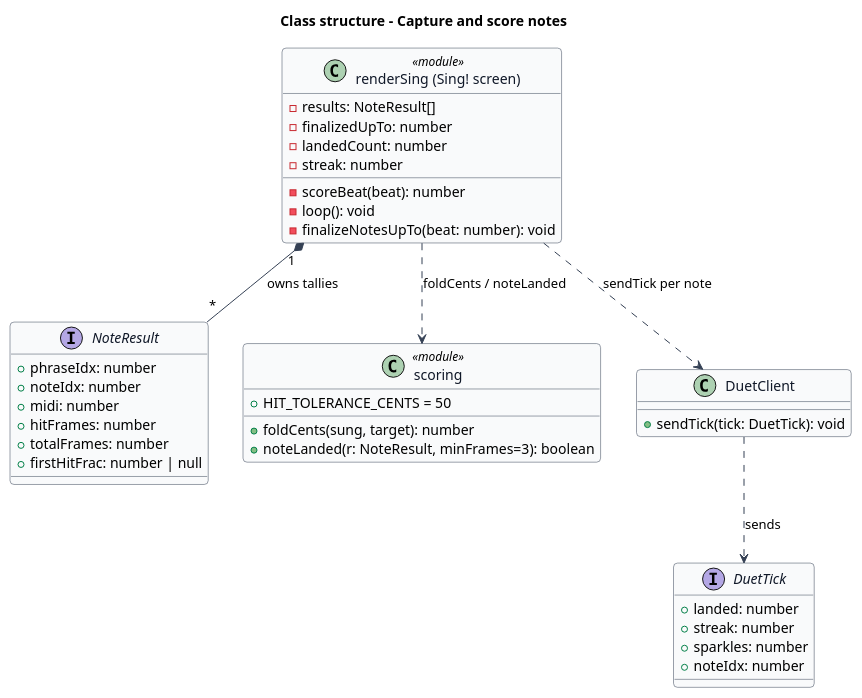
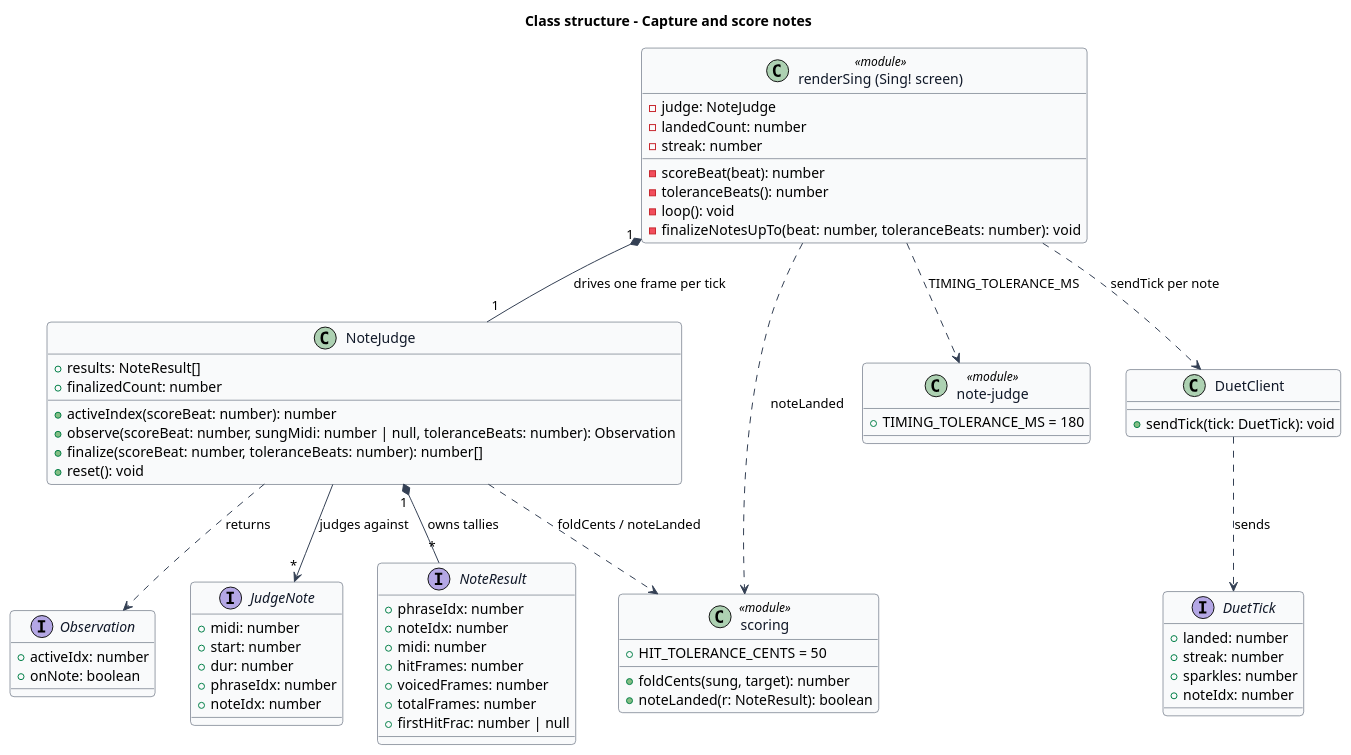
The diagram in docs/detailed-designs/singing-gameplay/capture-and-score-notes/diagrams/class-structure.puml (QuinntyneBrown/TwinkleTune), drawn with PlantUML before and after one commit. The commit also changed 18 other files, not shown here.

First line of the commit message:
Specify timing-tolerant, sung-frame note judging (SR-L2-2, SR-L2-18, SG-L2-25)

```diff
--- a/docs/detailed-designs/singing-gameplay/capture-and-score-notes/diagrams/class-structure.puml
+++ b/docs/detailed-designs/singing-gameplay/capture-and-score-notes/diagrams/class-structure.puml
@@ -1,56 +1,88 @@
 @startuml
 ' --- shared skin header ---
 skinparam backgroundColor #FFFFFF
 skinparam shadowing false
 skinparam roundcorner 8
 skinparam defaultFontName Arial
 skinparam ArrowColor #344054
 skinparam class {
   BorderColor #344054
   FontColor #101828
   BackgroundColor #F9FAFB
 }
 ' --------------------------
 title Class structure - Capture and score notes
 
 class "renderSing (Sing! screen)" as Sing <<module>> {
-  -results: NoteResult[]
-  -finalizedUpTo: number
+  -judge: NoteJudge
   -landedCount: number
   -streak: number
   -scoreBeat(beat): number
+  -toleranceBeats(): number
   -loop(): void
-  -finalizeNotesUpTo(beat: number): void
+  -finalizeNotesUpTo(beat: number, toleranceBeats: number): void
+}
+
+class NoteJudge {
+  +results: NoteResult[]
+  +finalizedCount: number
+  +activeIndex(scoreBeat: number): number
+  +observe(scoreBeat: number, sungMidi: number | null, toleranceBeats: number): Observation
+  +finalize(scoreBeat: number, toleranceBeats: number): number[]
+  +reset(): void
+}
+
+interface Observation {
+  +activeIdx: number
+  +onNote: boolean
+}
+
+interface JudgeNote {
+  +midi: number
+  +start: number
+  +dur: number
+  +phraseIdx: number
+  +noteIdx: number
 }
 
 interface NoteResult {
   +phraseIdx: number
   +noteIdx: number
   +midi: number
   +hitFrames: number
+  +voicedFrames: number
   +totalFrames: number
   +firstHitFrac: number | null
 }
 
 class "scoring" as Scoring <<module>> {
   +HIT_TOLERANCE_CENTS = 50
   +foldCents(sung, target): number
-  +noteLanded(r: NoteResult, minFrames=3): boolean
+  +noteLanded(r: NoteResult): boolean
+}
+
+class "note-judge" as JudgeMod <<module>> {
+  +TIMING_TOLERANCE_MS = 180
 }
 
 class DuetClient {
   +sendTick(tick: DuetTick): void
 }
 
 interface DuetTick {
   +landed: number
   +streak: number
   +sparkles: number
   +noteIdx: number
 }
 
-Sing "1" *-- "*" NoteResult : owns tallies
-Sing ..> Scoring : foldCents / noteLanded
+Sing "1" *-- "1" NoteJudge : drives one frame per tick
+NoteJudge "1" *-- "*" NoteResult : owns tallies
+NoteJudge --> "*" JudgeNote : judges against
+NoteJudge ..> Observation : returns
+NoteJudge ..> Scoring : foldCents / noteLanded
+Sing ..> JudgeMod : TIMING_TOLERANCE_MS
+Sing ..> Scoring : noteLanded
 Sing ..> DuetClient : sendTick per note
 DuetClient ..> DuetTick : sends
 @enduml
```
